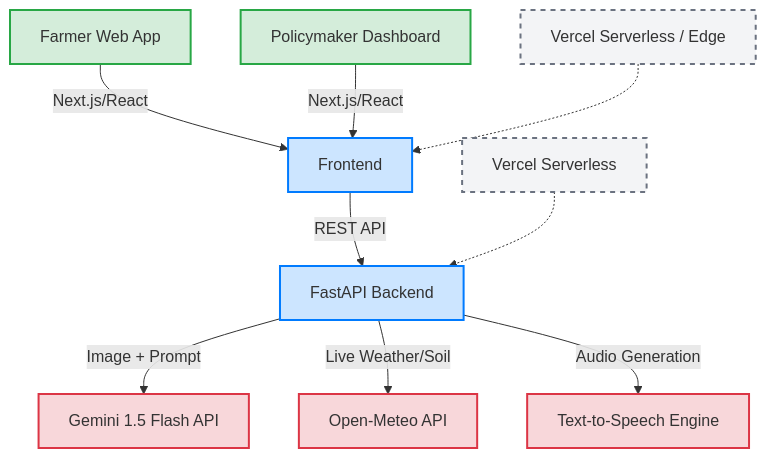
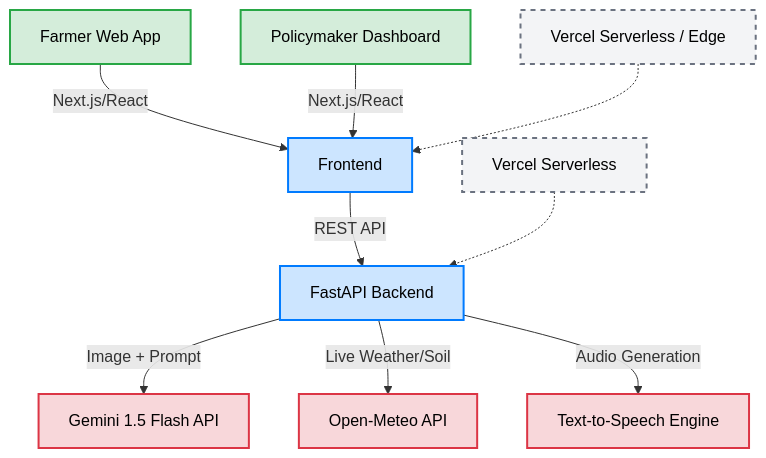
One commit to varad-oss/krishisathi changed the diagram in README.md. Above: the diagram before and after it, drawn with Mermaid. The commit also changed other lines of this file, not shown here.

Commit message:
docs: fix mermaid contrast and remove redundant badge link

````diff
--- a/README.md
+++ b/README.md
@@ -29,29 +27,29 @@
 ```mermaid
 graph TD
     %% Clients
     FarmerWeb[Farmer Web App] -->|Next.js/React| Frontend
     PolicyWeb[Policymaker Dashboard] -->|Next.js/React| Frontend
 
     %% Frontend to Backend
     Frontend -->|REST API| FastAPI[FastAPI Backend]
     
     %% Backend Services
     FastAPI -->|Image + Prompt| Gemini[Gemini 1.5 Flash API]
     FastAPI -->|Live Weather/Soil| OpenMeteo[Open-Meteo API]
     FastAPI -->|Audio Generation| gTTS[Text-to-Speech Engine]
     
     %% Deployment Layer
     VercelEdge[Vercel Serverless / Edge] -.-> Frontend
     VercelServerless[Vercel Serverless] -.-> FastAPI
     
     %% Styling
-    classDef client fill:#d4edda,stroke:#28a745,stroke-width:2px;
-    classDef server fill:#cce5ff,stroke:#007bff,stroke-width:2px;
-    classDef external fill:#f8d7da,stroke:#dc3545,stroke-width:2px;
-    classDef infra fill:#f3f4f6,stroke:#6b7280,stroke-width:2px,stroke-dasharray: 5 5;
+    classDef client color:#000000,fill:#d4edda,stroke:#28a745,stroke-width:2px;
+    classDef server color:#000000,fill:#cce5ff,stroke:#007bff,stroke-width:2px;
+    classDef external color:#000000,fill:#f8d7da,stroke:#dc3545,stroke-width:2px;
+    classDef infra color:#000000,fill:#f3f4f6,stroke:#6b7280,stroke-width:2px,stroke-dasharray: 5 5;
     
     class FarmerWeb,PolicyWeb client;
     class FastAPI,Frontend server;
     class Gemini,OpenMeteo,gTTS external;
     class VercelEdge,VercelServerless infra;
 ```
````
